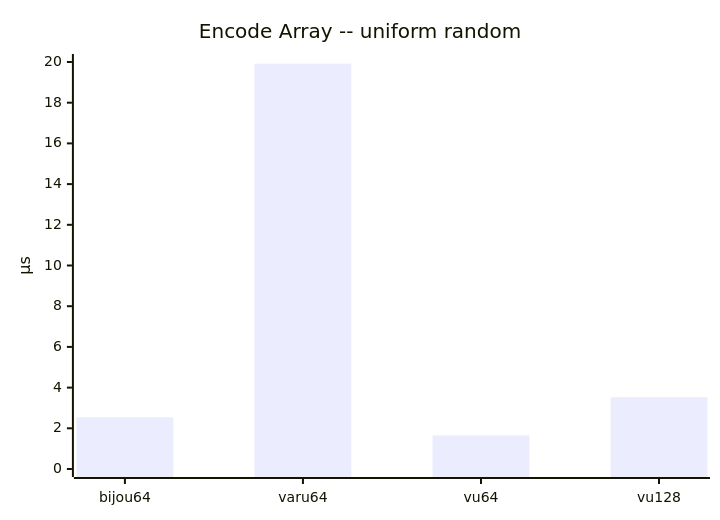
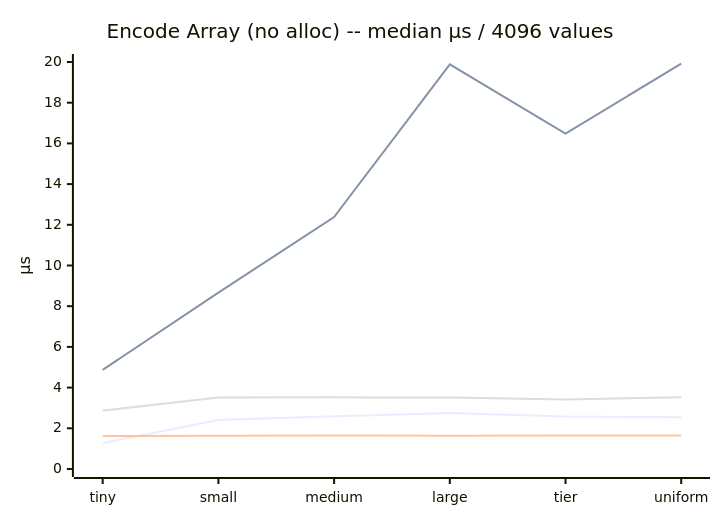
One commit to inkandswitch/subduction changed the second of 15 diagrams in bijou64/SHOOTOUT_ANALYSIS.md. Above: the diagram before and after it, drawn with Mermaid. The commit also changed other lines of this file, not shown here.

Commit message:
Line charts

````diff
--- a/bijou64/SHOOTOUT_ANALYSIS.md
+++ b/bijou64/SHOOTOUT_ANALYSIS.md
@@ -131,7 +59,10 @@
 ```mermaid
 xychart-beta
-    title "Encode Array -- uniform random"
-    x-axis ["bijou64", "varu64", "vu64", "vu128"]
+    title "Encode Array (no alloc) -- median µs / 4096 values"
+    x-axis ["tiny", "small", "medium", "large", "tier", "uniform"]
     y-axis "µs" 0 --> 20
-    bar [2.54, 19.92, 1.65, 3.53]
+    line [1.27, 2.41, 2.59, 2.75, 2.58, 2.54]
+    line [4.87, 8.67, 12.38, 19.88, 16.48, 19.92]
+    line [1.62, 1.63, 1.65, 1.64, 1.65, 1.65]
+    line [2.87, 3.51, 3.52, 3.51, 3.41, 3.53]
 ```
````
